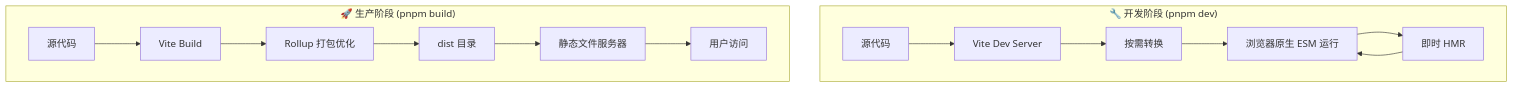
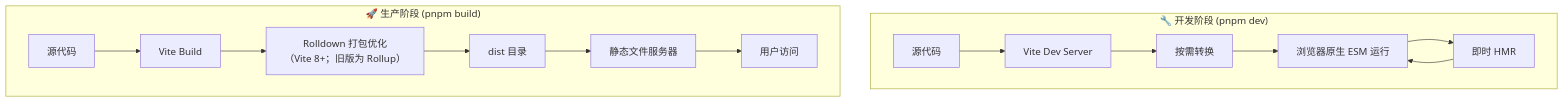
One commit to before80/prgms changed the second of 3 diagrams in content/Js/tools/build/vite/Chapter-03-Vite-Basics.md. Above: the diagram before and after it, drawn with Mermaid. The commit also changed other lines of this file and 4787 other files, not shown here.

````diff
--- a/content/Js/tools/build/vite/Chapter-03-Vite-Basics.md
+++ b/content/Js/tools/build/vite/Chapter-03-Vite-Basics.md
@@ -579,18 +578,18 @@
 ```mermaid
 flowchart TD
     subgraph 开发阶段["🔧 开发阶段 (pnpm dev)"]
         A1[源代码] --> B1[Vite Dev Server]
         B1 --> C1[按需转换]
         C1 --> D1[浏览器原生 ESM 运行]
         D1 --> E1[即时 HMR]
         E1 --> D1
     end
     
     subgraph 生产阶段["🚀 生产阶段 (pnpm build)"]
         A2[源代码] --> B2[Vite Build]
-        B2 --> C2[Rollup 打包优化]
+        B2 --> C2[Rolldown 打包优化<br/>（Vite 8+；旧版为 Rollup）]
         C2 --> D2[dist 目录]
         D2 --> E2[静态文件服务器]
         E2 --> F2[用户访问]
     end
 ```
````
